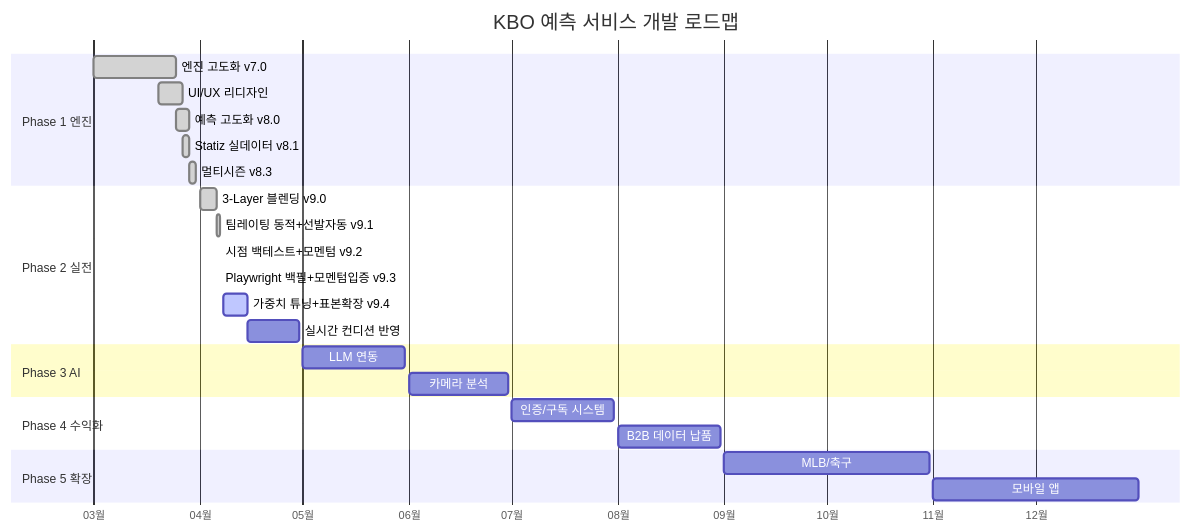
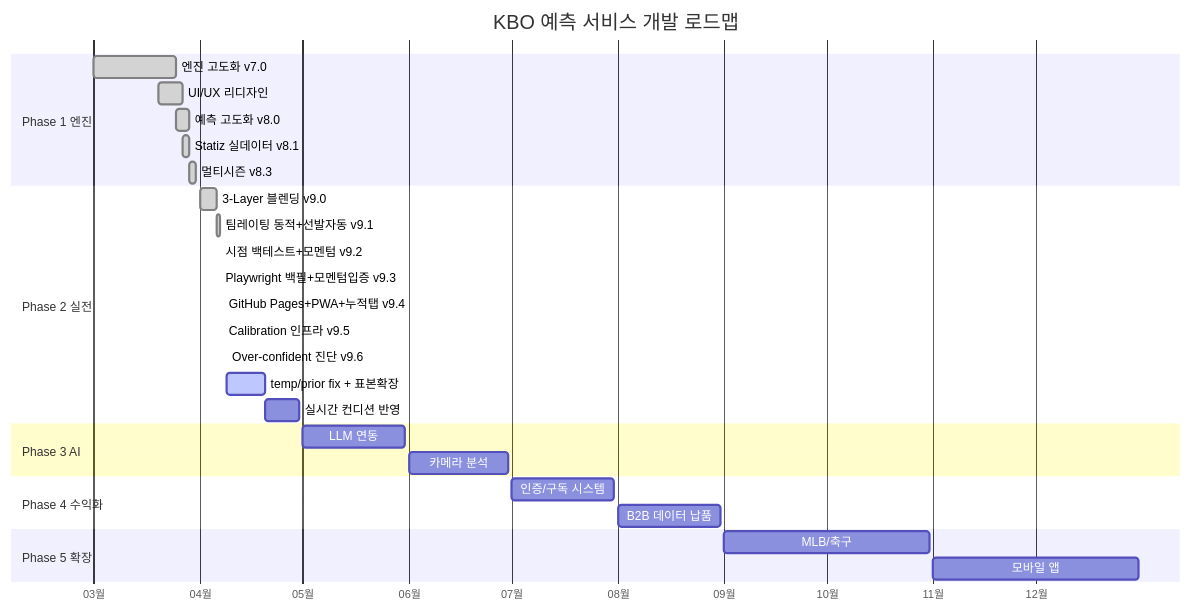
One commit to ldh-mini/baseball-sim changed the seventh of 8 diagrams in 프로젝트_개요서.md. Above: the diagram before and after it, drawn with Mermaid. The commit also changed other lines of this file and 12 other files, not shown here.

````diff
--- a/프로젝트_개요서.md
+++ b/프로젝트_개요서.md
@@ -510,33 +519,36 @@
 ```mermaid
 gantt
     title KBO 예측 서비스 개발 로드맵
     dateFormat YYYY-MM-DD
     axisFormat %m월
 
     section Phase 1 엔진
     엔진 고도화 v7.0           :done, p1, 2026-03-01, 2026-03-25
     UI/UX 리디자인             :done, p15, 2026-03-20, 2026-03-27
     예측 고도화 v8.0           :done, p17, 2026-03-25, 2026-03-29
     Statiz 실데이터 v8.1       :done, p18, 2026-03-27, 2026-03-29
     멀티시즌 v8.3              :done, p19, 2026-03-29, 2026-03-31
 
     section Phase 2 실전
     3-Layer 블렌딩 v9.0        :done, p20, 2026-04-01, 2026-04-06
     팀레이팅 동적+선발자동 v9.1 :done, p21, 2026-04-06, 2026-04-07
     시점 백테스트+모멘텀 v9.2   :done, p22, 2026-04-07, 2026-04-07
     Playwright 백필+모멘텀입증 v9.3 :done, p23, 2026-04-07, 2026-04-07
-    가중치 튜닝+표본확장 v9.4   :active, p24, 2026-04-08, 2026-04-15
-    실시간 컨디션 반영          :p25, 2026-04-15, 2026-04-30
+    GitHub Pages+PWA+누적탭 v9.4 :done, p24, 2026-04-08, 2026-04-08
+    Calibration 인프라 v9.5     :done, p25, 2026-04-08, 2026-04-08
+    Over-confident 진단 v9.6    :done, p26, 2026-04-09, 2026-04-09
+    temp/prior fix + 표본확장   :active, p27, 2026-04-09, 2026-04-20
+    실시간 컨디션 반영          :p28, 2026-04-20, 2026-04-30
 
     section Phase 3 AI
     LLM 연동                   :p3, 2026-05-01, 2026-05-31
     카메라 분석                 :p4, 2026-06-01, 2026-06-30
 
     section Phase 4 수익화
     인증/구독 시스템            :p5, 2026-07-01, 2026-07-31
     B2B 데이터 납품             :p6, 2026-08-01, 2026-08-31
 
     section Phase 5 확장
     MLB/축구                    :p7, 2026-09-01, 2026-10-31
     모바일 앱                   :p8, 2026-11-01, 2026-12-31
 ```
````
